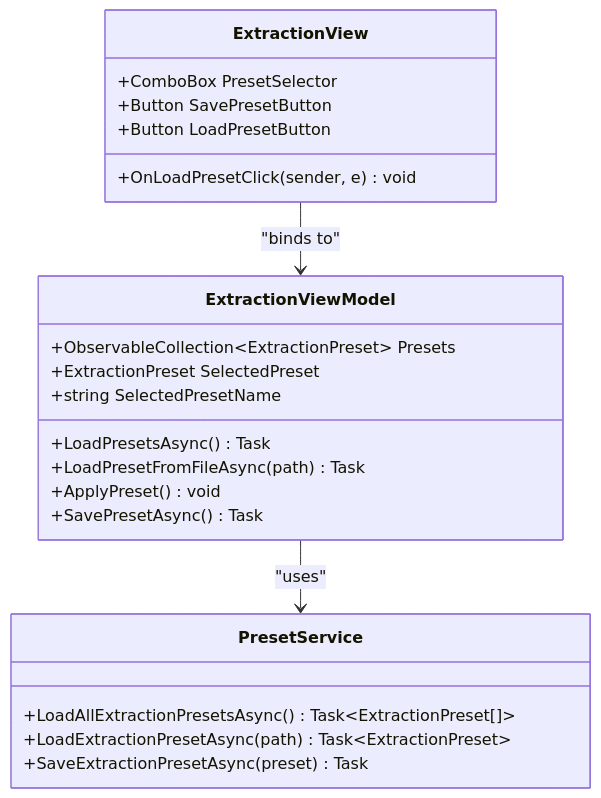
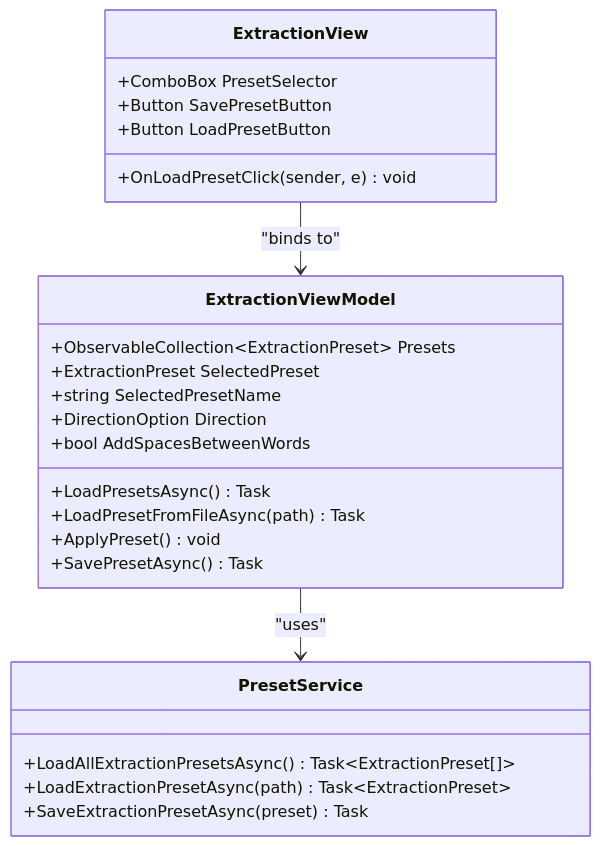
One commit to Kibnet/PDFAnnotator changed the fifth of 8 diagrams in .qoder/repowiki/en/content/Data Models/ExtractionPreset.md. Above: the diagram before and after it, drawn with Mermaid. The commit also changed other lines of this file and 4 other files, not shown here.

````diff
--- a/.qoder/repowiki/en/content/Data Models/ExtractionPreset.md
+++ b/.qoder/repowiki/en/content/Data Models/ExtractionPreset.md
@@ -308,25 +377,27 @@
 ```mermaid
 classDiagram
 class ExtractionViewModel {
 +ObservableCollection~ExtractionPreset~ Presets
 +ExtractionPreset SelectedPreset
 +string SelectedPresetName
 +LoadPresetsAsync() Task
 +LoadPresetFromFileAsync(path) Task
 +ApplyPreset() void
 +SavePresetAsync() Task
++DirectionOption Direction
++bool AddSpacesBetweenWords
 }
 class ExtractionView {
 +ComboBox PresetSelector
 +Button SavePresetButton
 +Button LoadPresetButton
 +OnLoadPresetClick(sender, e) void
 }
 class PresetService {
 +LoadAllExtractionPresetsAsync() Task~ExtractionPreset[]~
 +LoadExtractionPresetAsync(path) Task~ExtractionPreset~
 +SaveExtractionPresetAsync(preset) Task
 }
 ExtractionView --> ExtractionViewModel : "binds to"
 ExtractionViewModel --> PresetService : "uses"
 ```
````
